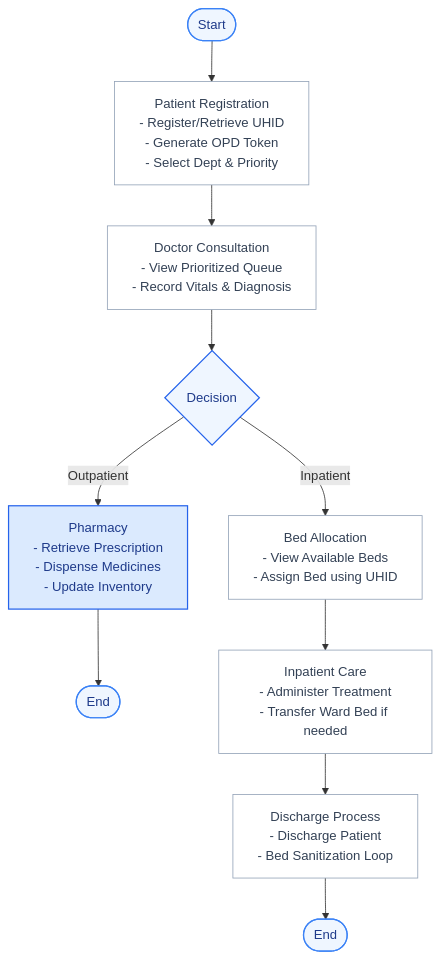
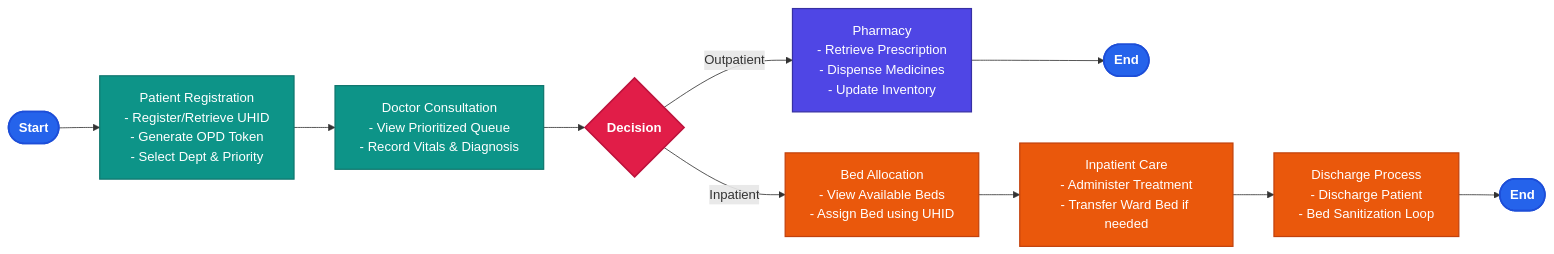
Before and after one commit to AkshayaSwati-26/iSHMRS: the diagram in README.md, drawn with Mermaid. The commit also changed other lines of this file, not shown here.

Commit message:
docs: modernize and expand README with compact workflow diagram and system docs

````diff
--- a/README.md
+++ b/README.md
@@ -44,20 +44,21 @@
 ```mermaid
-graph TD
-    %% Styling - Professional Clean Blue Accents
-    classDef startEnd fill:#eff6ff,stroke:#3b82f6,stroke-width:1.5px,color:#1e3a8a;
-    classDef step fill:#ffffff,stroke:#94a3b8,stroke-width:1px,color:#334155;
-    classDef decision fill:#eff6ff,stroke:#2563eb,stroke-width:1.5px,color:#1e3a8a;
-    classDef blueStep fill:#dbeafe,stroke:#2563eb,stroke-width:1.5px,color:#1e3a8a;
+graph LR
+    %% Custom filled styles matching iSHRMS dashboard colors
+    classDef startEnd fill:#2563eb,stroke:#1d4ed8,stroke-width:2px,color:#ffffff,font-weight:bold;
+    classDef step fill:#0d9488,stroke:#0f766e,stroke-width:1.5px,color:#ffffff;
+    classDef decision fill:#e11d48,stroke:#be123c,stroke-width:2px,color:#ffffff,font-weight:bold;
+    classDef inpatient fill:#ea580c,stroke:#c2410c,stroke-width:1.5px,color:#ffffff;
+    classDef outpatient fill:#4f46e5,stroke:#3730a3,stroke-width:1.5px,color:#ffffff;
 
     Start([Start]):::startEnd --> Reg[Patient Registration<br/>- Register/Retrieve UHID<br/>- Generate OPD Token<br/>- Select Dept & Priority]:::step
     Reg --> Consult[Doctor Consultation<br/>- View Prioritized Queue<br/>- Record Vitals & Diagnosis]:::step
     Consult --> Dec{Decision}:::decision
 
-    Dec -->|Outpatient| Pharm[Pharmacy<br/>- Retrieve Prescription<br/>- Dispense Medicines<br/>- Update Inventory]:::blueStep
+    Dec -->|Outpatient| Pharm[Pharmacy<br/>- Retrieve Prescription<br/>- Dispense Medicines<br/>- Update Inventory]:::outpatient
     Pharm --> EndOut([End]):::startEnd
 
-    Dec -->|Inpatient| BedAlloc[Bed Allocation<br/>- View Available Beds<br/>- Assign Bed using UHID]:::step
-    BedAlloc --> Care[Inpatient Care<br/>- Administer Treatment<br/>- Transfer Ward Bed if needed]:::step
-    Care --> Discharge[Discharge Process<br/>- Discharge Patient<br/>- Bed Sanitization Loop]:::step
+    Dec -->|Inpatient| BedAlloc[Bed Allocation<br/>- View Available Beds<br/>- Assign Bed using UHID]:::inpatient
+    BedAlloc --> Care[Inpatient Care<br/>- Administer Treatment<br/>- Transfer Ward Bed if needed]:::inpatient
+    Care --> Discharge[Discharge Process<br/>- Discharge Patient<br/>- Bed Sanitization Loop]:::inpatient
     Discharge --> EndIn([End]):::startEnd
 ```
````
